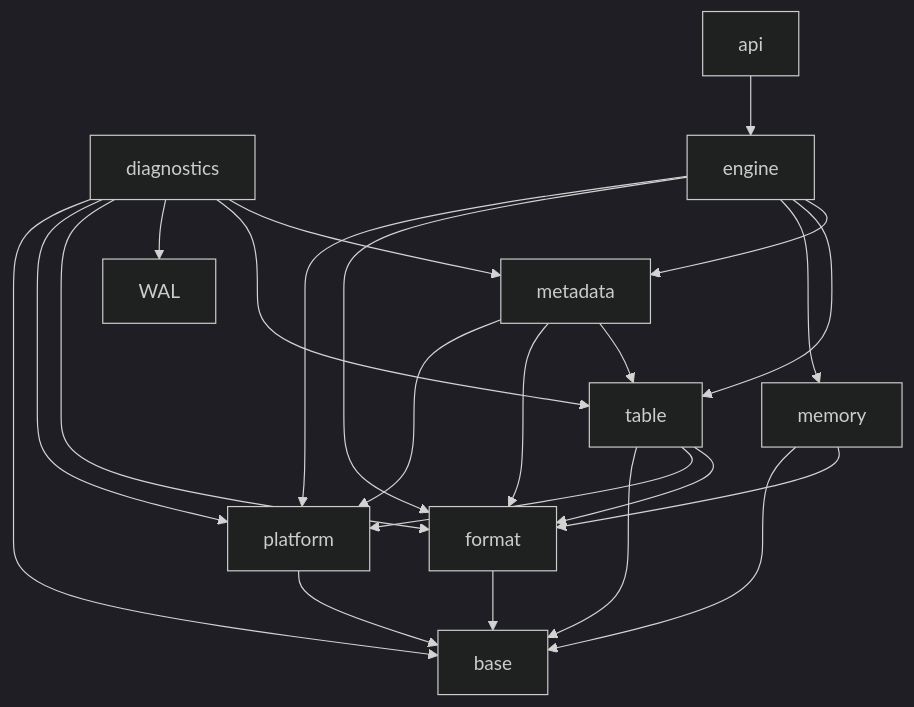
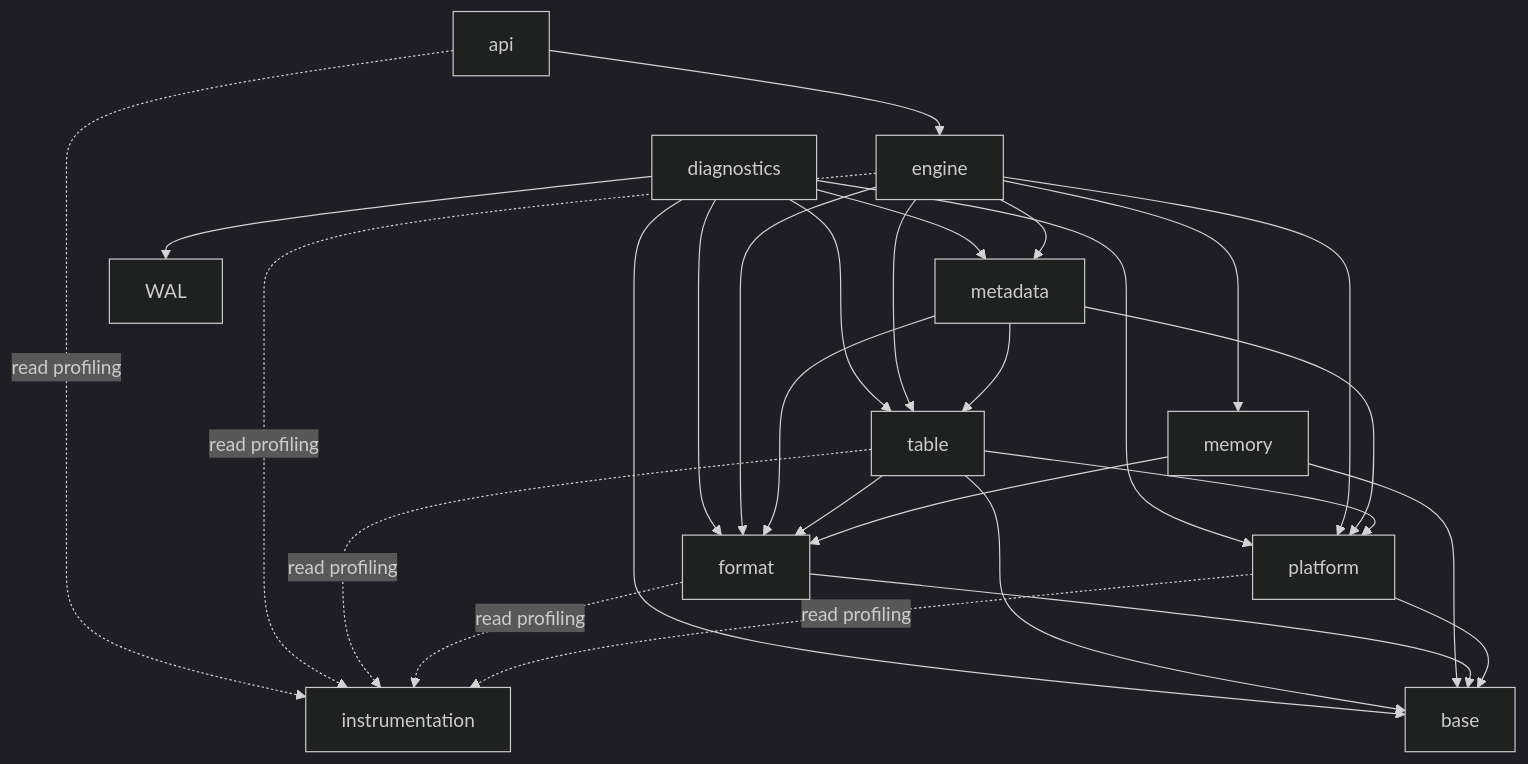
One commit to algorithm-apprentice/modern-level-db changed the diagram in docs/dependency-dag.md. Above: the diagram before and after it, drawn with Mermaid (dark theme). The commit also changed other lines of this file and 35 other files, not shown here.

````diff
--- a/docs/dependency-dag.md
+++ b/docs/dependency-dag.md
@@ -16,35 +16,41 @@
 ```mermaid
 flowchart TD
   API[api]
   DIAGNOSTICS[diagnostics]
   ENGINE[engine]
   METADATA[metadata]
   TABLE[table]
   MEMORY[memory]
   FORMAT[format]
   PLATFORM[platform]
   BASE[base]
+  INSTRUMENTATION[instrumentation]
 
   API --> ENGINE
+  API -. read profiling .-> INSTRUMENTATION
   DIAGNOSTICS --> METADATA
   DIAGNOSTICS --> TABLE
   DIAGNOSTICS --> WAL
   DIAGNOSTICS --> FORMAT
   DIAGNOSTICS --> PLATFORM
   DIAGNOSTICS --> BASE
   ENGINE --> METADATA
   ENGINE --> TABLE
   ENGINE --> MEMORY
   ENGINE --> FORMAT
   ENGINE --> PLATFORM
+  ENGINE -. read profiling .-> INSTRUMENTATION
   METADATA --> TABLE
   METADATA --> FORMAT
   METADATA --> PLATFORM
   TABLE --> FORMAT
   TABLE --> PLATFORM
   TABLE --> BASE
+  TABLE -. read profiling .-> INSTRUMENTATION
   MEMORY --> FORMAT
   MEMORY --> BASE
   FORMAT --> BASE
+  FORMAT -. read profiling .-> INSTRUMENTATION
   PLATFORM --> BASE
+  PLATFORM -. read profiling .-> INSTRUMENTATION
 ```
````
